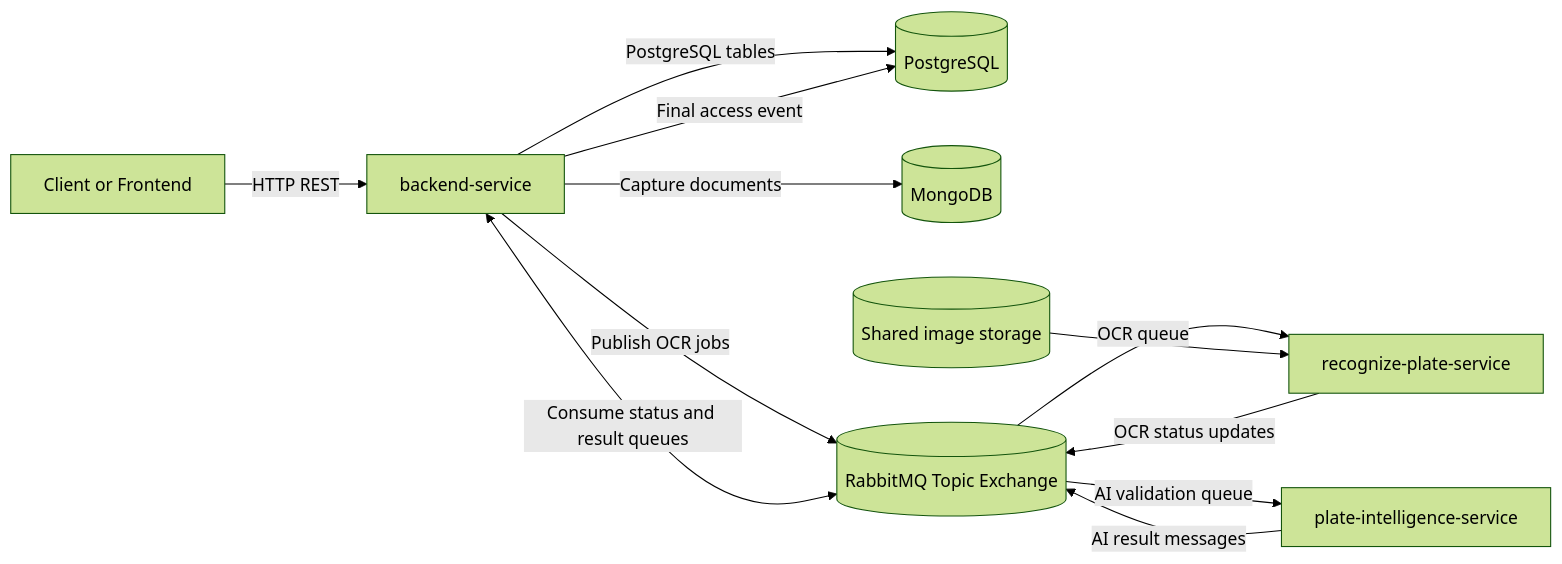
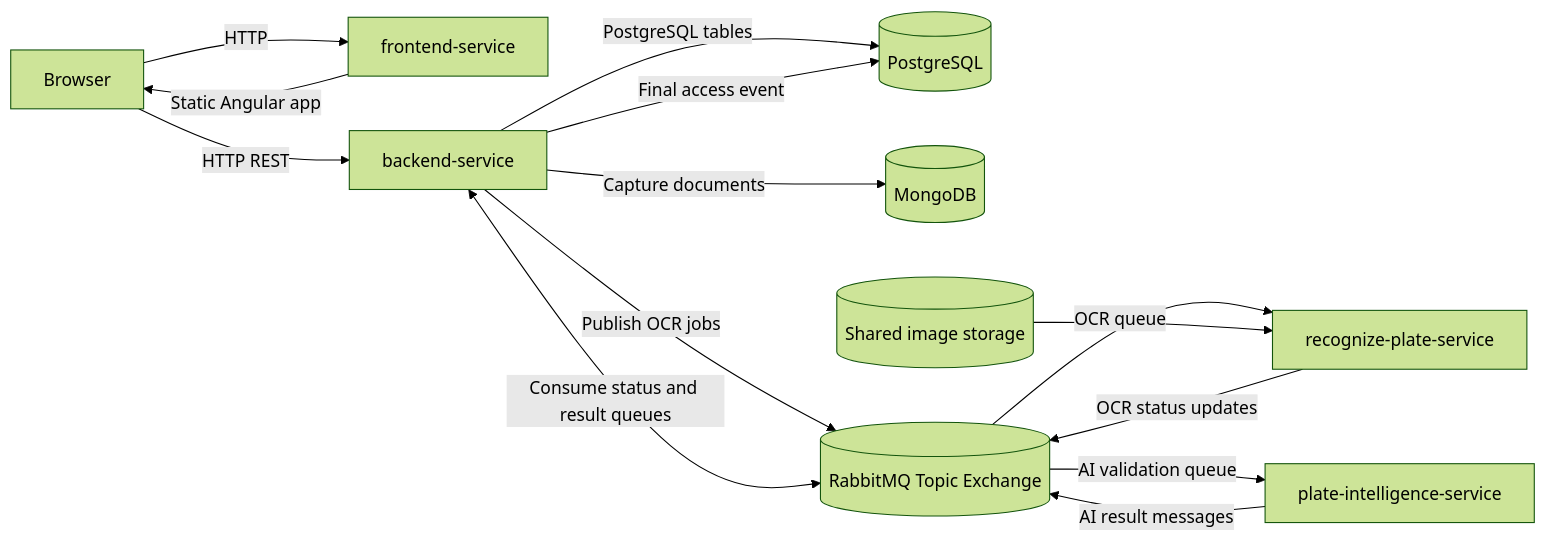
Before and after one commit to arthurscarpin/access-hub-monorepo: the first of 5 diagrams in README.md, drawn with Mermaid (forest theme). The commit also changed other lines of this file and 3 other files, not shown here.

Commit message:
feat: update README files for frontend, plate intelligence, and recognize plate services; add Docker Compose instructions and enhance service descriptions

````diff
--- a/README.md
+++ b/README.md
@@ -17,19 +18,21 @@
 ```mermaid
 flowchart LR
-    Client[Client or Frontend] -->|HTTP REST| Backend[backend-service]
+    Browser[Browser] -->|HTTP| Frontend[frontend-service]
+    Frontend -->|Static Angular app| Browser
+    Browser -->|HTTP REST| Backend[backend-service]
 
     Backend -->|PostgreSQL tables| Postgres[(PostgreSQL)]
     Backend -->|Capture documents| Mongo[(MongoDB)]
     Backend -->|Publish OCR jobs| Rabbit[(RabbitMQ Topic Exchange)]
 
     Rabbit -->|OCR queue| OCR[recognize-plate-service]
     OCR -->|OCR status updates| Rabbit
 
     Rabbit -->|AI validation queue| Intelligence[plate-intelligence-service]
     Intelligence -->|AI result messages| Rabbit
 
     Backend <-->|Consume status and result queues| Rabbit
     Backend -->|Final access event| Postgres
 
     Storage[(Shared image storage)] --> OCR
 ```
````
